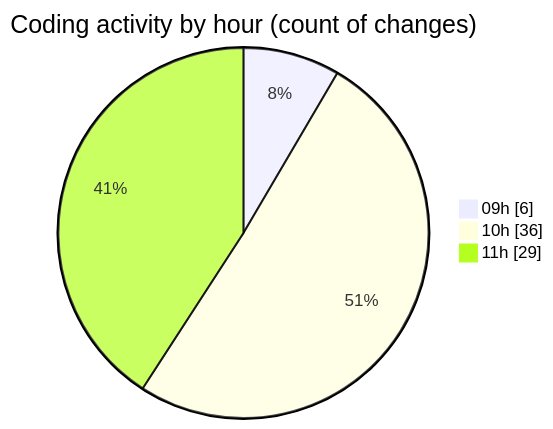
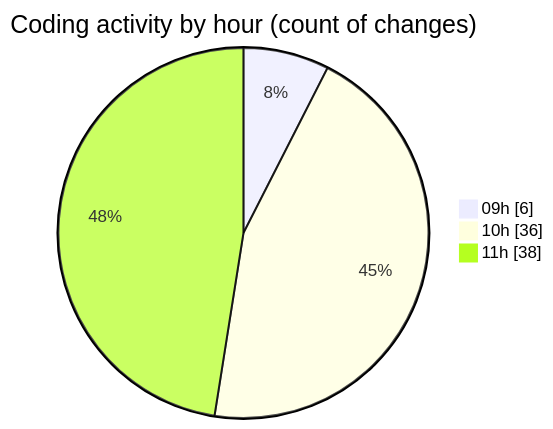
Before and after one commit to momahboobian/code-tracking: the second of 2 diagrams in 2026-08-26/cda/README.md, drawn with Mermaid. The commit also changed other lines of this file and 1 other file, not shown here.

````diff
--- a/2026-08-26/cda/README.md
+++ b/2026-08-26/cda/README.md
@@ -38,7 +38,7 @@
 ```mermaid
 pie showData
 title Coding activity by hour (count of changes)
 "09h" : 6
 "10h" : 36
-"11h" : 29
+"11h" : 38
 ```
````
